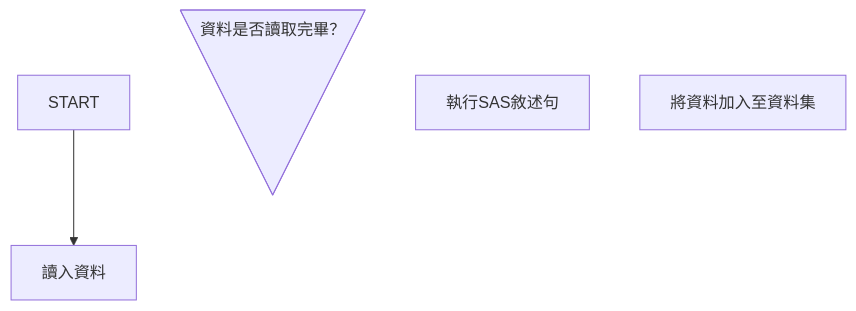
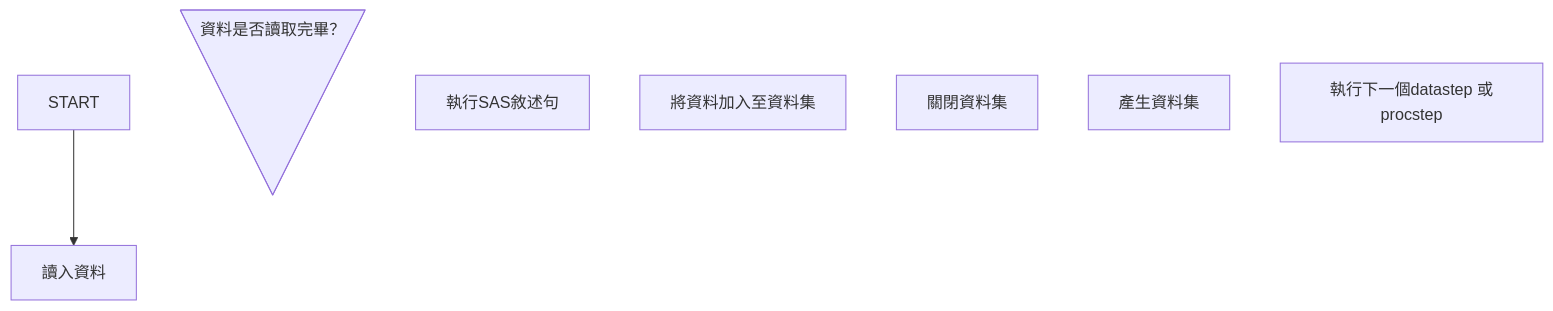
The diagram in 知識/統計/SAS/基礎知識/datastep.md (kuku0508/kuku_note_ver_2), drawn with Mermaid before and after one commit.

Commit message:
vault backup: 2025-07-26 17:30:17

````diff
--- a/知識/統計/SAS/基礎知識/datastep.md
+++ b/知識/統計/SAS/基礎知識/datastep.md
@@ -8,9 +8,12 @@
 ```mermaid
 flowchart TD
 A@{shape: rect, label: "START"}
 B@{shape: rect, label: "讀入資料"}
 C@{shape: flip-tri, label: "資料是否讀取完畢？"}
 D@{shape: rect, label: "執行SAS敘述句"}
 E@{shape: rect, label: "將資料加入至資料集"}
+F@{shape: rect, label: "關閉資料集"}
+G@{shape: rect, label: "產生資料集"}
+H@{shape: rect, label: "執行下一個datastep 或procstep"}
 A --> B
 ```
````
